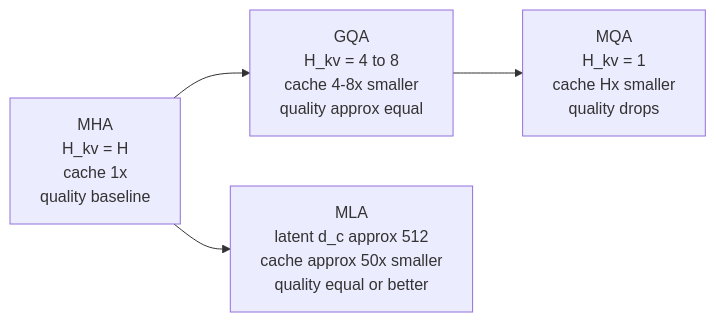
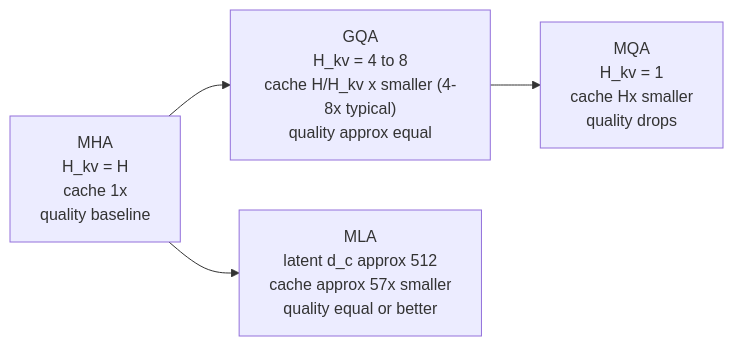
Before and after one commit to alliedbrother/ml-interview-notes: the fourth of 4 diagrams in content/courses/transformers/09-mqa-gqa-mla.md, drawn with Mermaid. The commit also changed 7 other files, not shown here.

````diff
--- a/content/courses/transformers/09-mqa-gqa-mla.md
+++ b/content/courses/transformers/09-mqa-gqa-mla.md
@@ -332,6 +332,6 @@
 ```mermaid
 flowchart LR
-    MHA["MHA<br/>H_kv = H<br/>cache 1x<br/>quality baseline"] --> GQA["GQA<br/>H_kv = 4 to 8<br/>cache 4-8x smaller<br/>quality approx equal"]
+    MHA["MHA<br/>H_kv = H<br/>cache 1x<br/>quality baseline"] --> GQA["GQA<br/>H_kv = 4 to 8<br/>cache H/H_kv x smaller (4-8x typical)<br/>quality approx equal"]
     GQA --> MQA["MQA<br/>H_kv = 1<br/>cache Hx smaller<br/>quality drops"]
-    MHA --> MLA["MLA<br/>latent d_c approx 512<br/>cache approx 50x smaller<br/>quality equal or better"]
+    MHA --> MLA["MLA<br/>latent d_c approx 512<br/>cache approx 57x smaller<br/>quality equal or better"]
 ```
````
